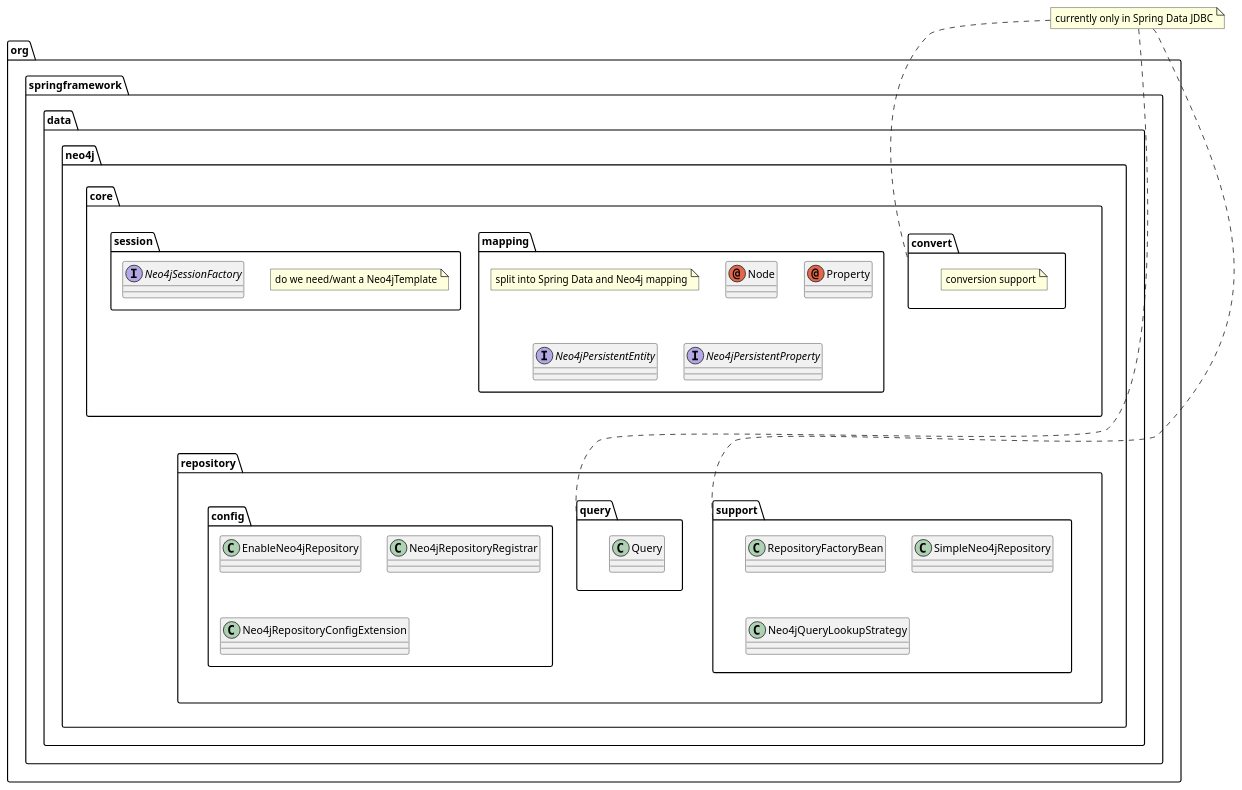
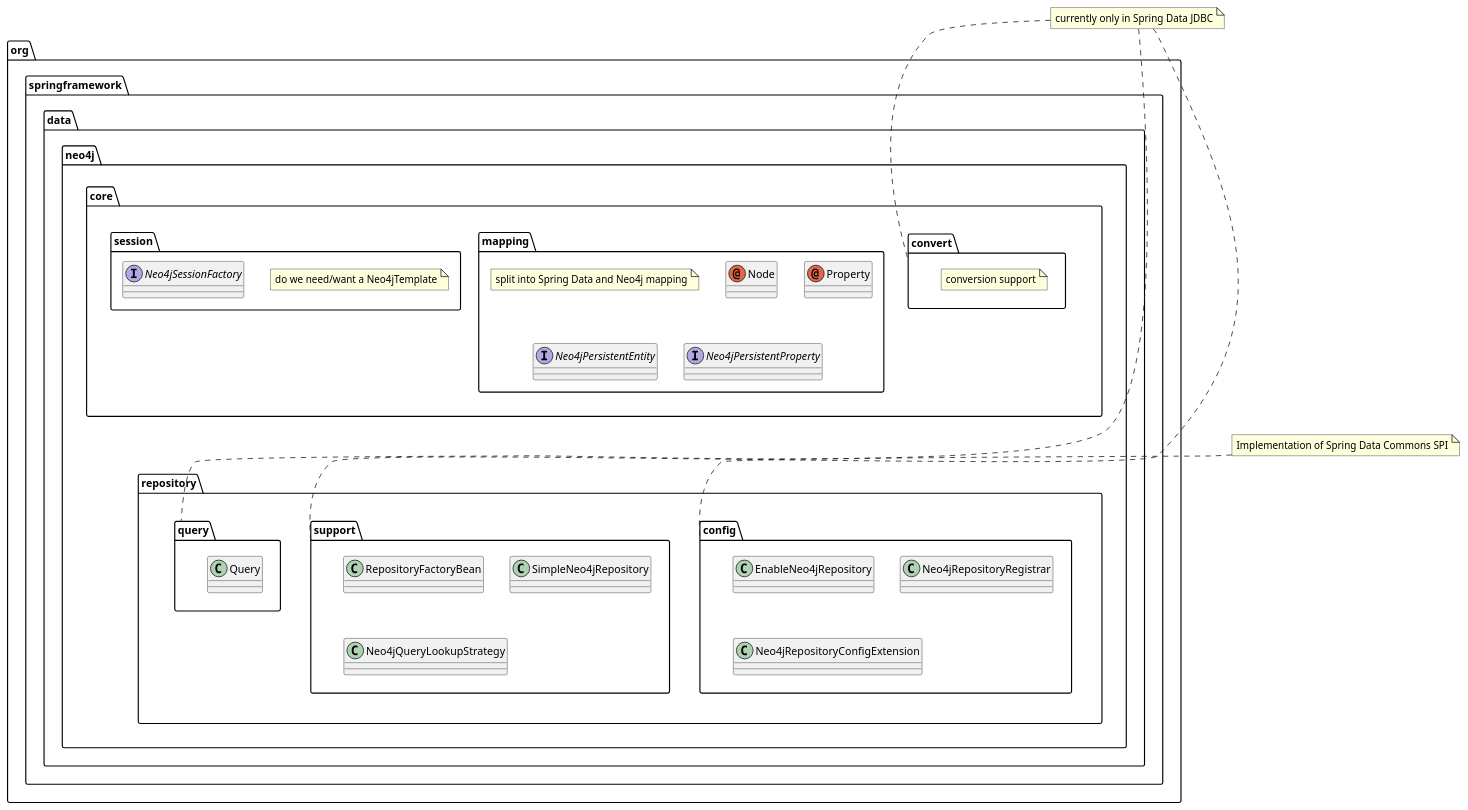
The diagram in README.adoc (spring-projects/spring-data-neo4j), drawn with PlantUML before and after one commit. The commit also changed other lines of this file, not shown here.

Commit message:
Polishing package architecture document section.

```diff
--- a/README.adoc
+++ b/README.adoc
@@ -61,46 +61,48 @@
 [plantuml, width=800]
 ----
 @startuml
 note "currently only in Spring Data JDBC" as JDBC_note
+note "Implementation of Spring Data Commons SPI" as SDC_note
 package "org.springframework.data.neo4j" {
 package "core" {
 JDBC_note..convert
     package "mapping" {
         note "split into Spring Data and Neo4j mapping" as mappingNote
         annotation Node
         annotation Property
         interface Neo4jPersistentEntity
         interface Neo4jPersistentProperty
     }
     package "session" {
         note "do we need/want a Neo4jTemplate" as templateNote
         interface Neo4jSessionFactory
     }
     package "convert" {
         note "conversion support" as conversionNote
     }
 }
 
 package "repository" {
 JDBC_note..query
 JDBC_note..support
+SDC_note..config
     package "config" {
         class EnableNeo4jRepository
         class Neo4jRepositoryRegistrar
         class Neo4jRepositoryConfigExtension
     }
     package "query" {
         class Query
     }
     package "support" {
         class RepositoryFactoryBean
         class SimpleNeo4jRepository
         class Neo4jQueryLookupStrategy
     }
 }
 
 core-[hidden]--->repository
 }
 
 @enduml
 ----
```
